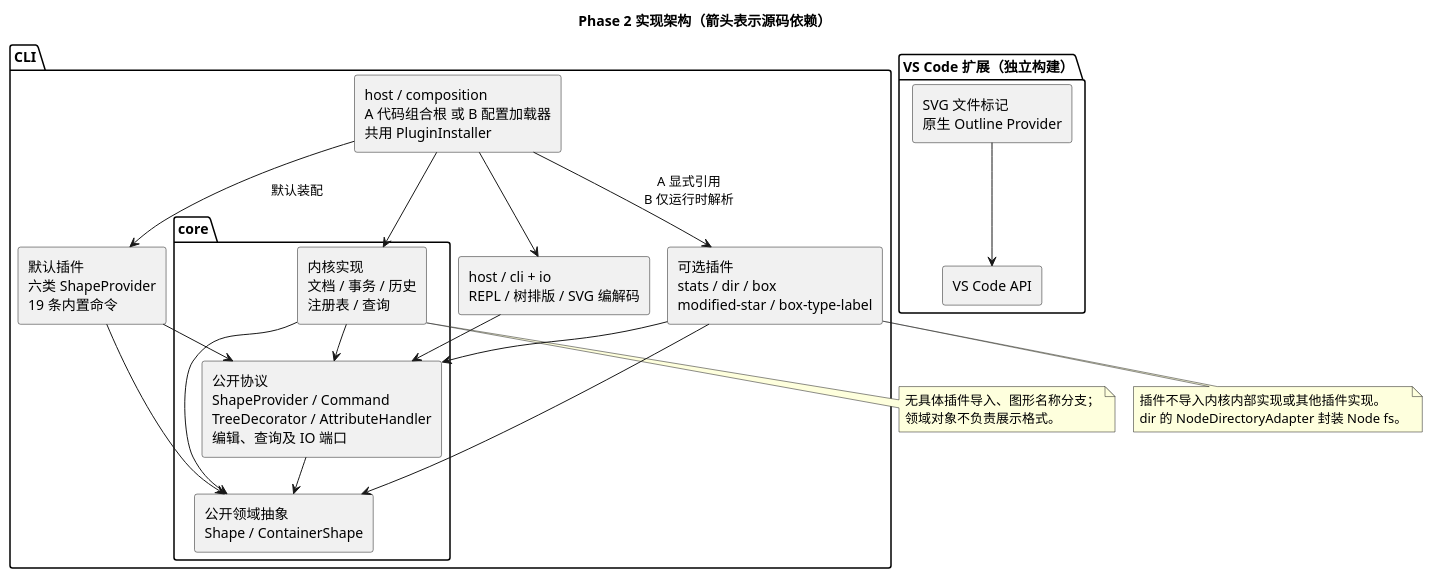
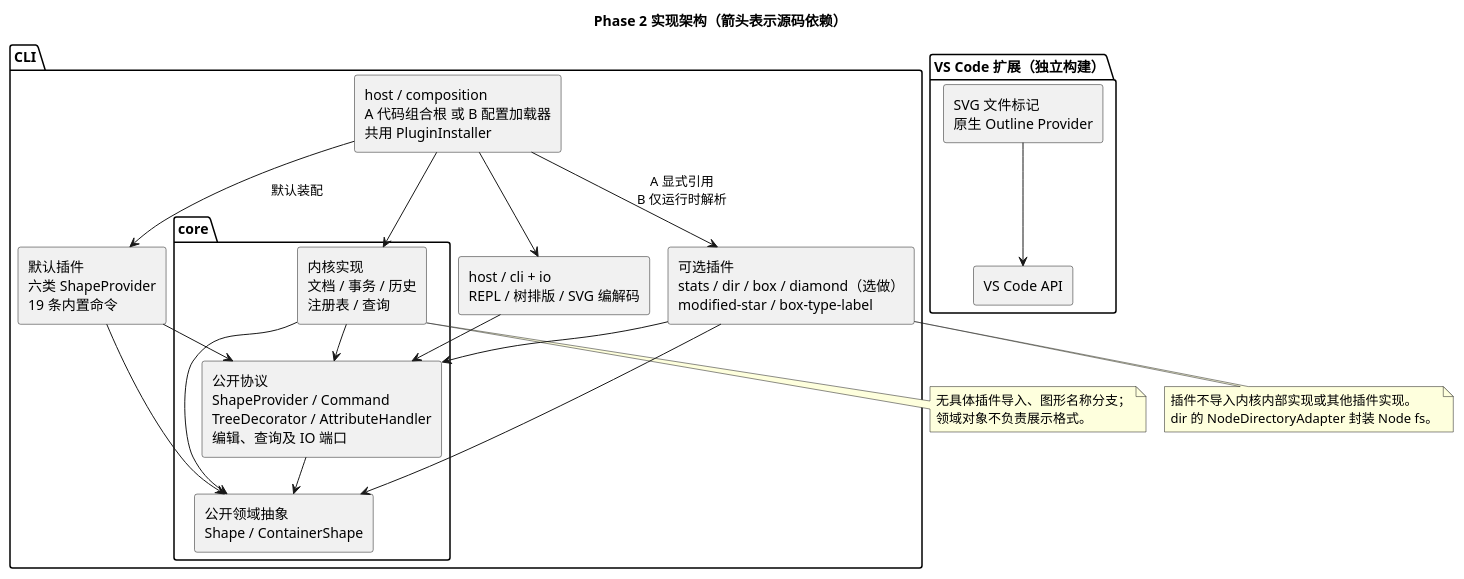
The diagram in doc/diagrams/phase2-architecture.puml (xinyue-huang0710/2026software-design-pj_hxy), drawn with PlantUML before and after one commit. The commit also changed 12 other files, not shown here.

Commit message:
docs: document optional diamond delivery and zero kernel change evidence

```diff
--- a/doc/diagrams/phase2-architecture.puml
+++ b/doc/diagrams/phase2-architecture.puml
@@ -1,43 +1,43 @@
 @startuml
 !pragma layout smetana
 skinparam defaultFontName Microsoft YaHei
 skinparam backgroundColor white
 skinparam componentStyle rectangle
 title Phase 2 实现架构（箭头表示源码依赖）
 package "CLI" {
   component "host / composition\nA 代码组合根 或 B 配置加载器\n共用 PluginInstaller" as Host
   component "host / cli + io\nREPL / 树排版 / SVG 编解码" as IO
   package "core" {
     component "公开协议\nShapeProvider / Command\nTreeDecorator / AttributeHandler\n编辑、查询及 IO 端口" as API
     component "内核实现\n文档 / 事务 / 历史\n注册表 / 查询" as Core
     component "公开领域抽象\nShape / ContainerShape" as Domain
   }
   component "默认插件\n六类 ShapeProvider\n19 条内置命令" as Builtin
-  component "可选插件\nstats / dir / box\nmodified-star / box-type-label" as Optional
+  component "可选插件\nstats / dir / box / diamond（选做）\nmodified-star / box-type-label" as Optional
 }
 package "VS Code 扩展（独立构建）" {
   component "SVG 文件标记\n原生 Outline Provider" as VSPlugin
   component "VS Code API" as VSAPI
 }
 Host --> IO
 Host --> Core
 Host --> Builtin : 默认装配
 Host --> Optional : A 显式引用\nB 仅运行时解析
 IO --> API
 Core --> API
 Core --> Domain
 API --> Domain
 Builtin --> API
 Builtin --> Domain
 Optional --> API
 Optional --> Domain
 VSPlugin --> VSAPI
 note bottom of Optional
   插件不导入内核内部实现或其他插件实现。
   dir 的 NodeDirectoryAdapter 封装 Node fs。
 end note
 note bottom of Core
   无具体插件导入、图形名称分支；
   领域对象不负责展示格式。
 end note
 @enduml
```
